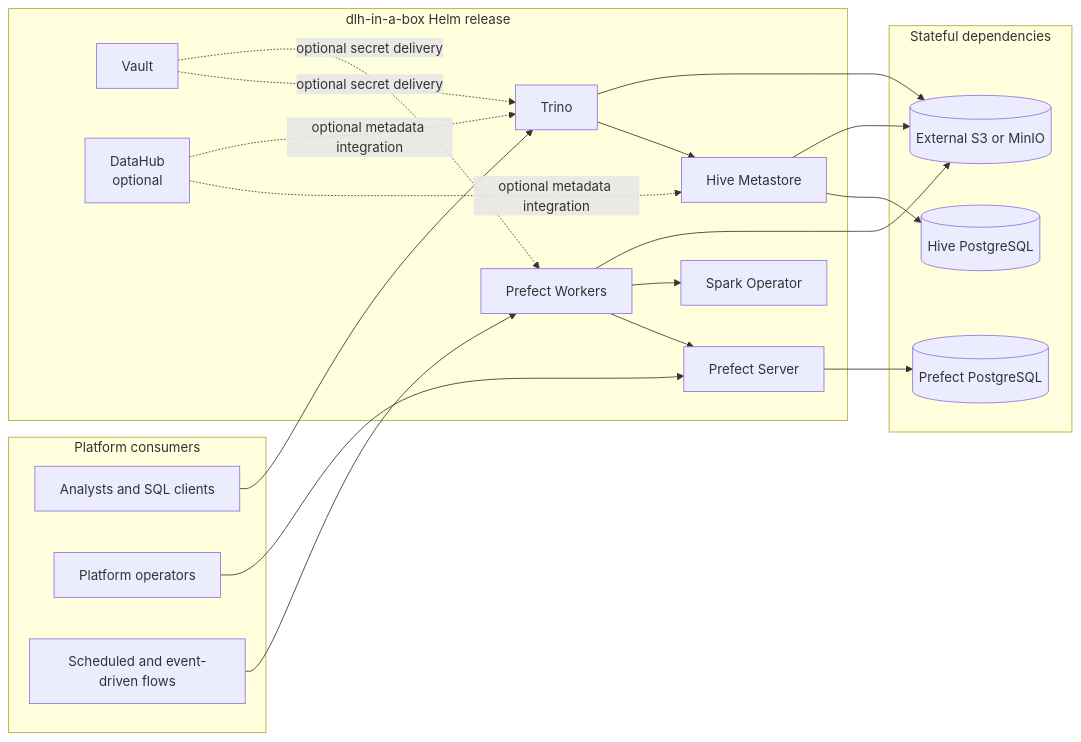
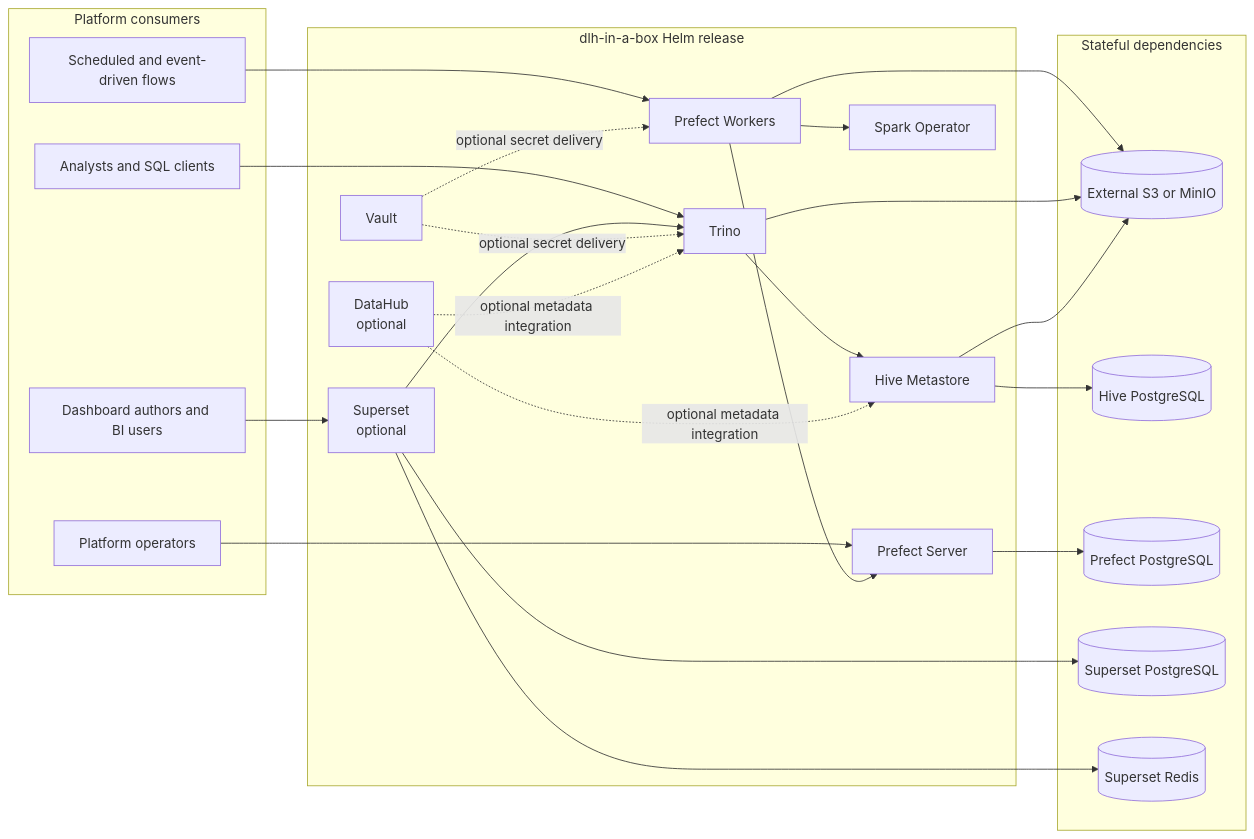
The first of 3 diagrams in README.md (sanger-pathogens/dlh-in-a-box-umbrella-helm-chart), drawn with Mermaid before and after one commit. The commit also changed other lines of this file and 12 other files, not shown here.

````diff
--- a/README.md
+++ b/README.md
@@ -39,40 +39,48 @@
 ```mermaid
 flowchart LR
   subgraph Consumers[Platform consumers]
     Analysts[Analysts and SQL clients]
+    BIUsers[Dashboard authors and BI users]
     Operators[Platform operators]
     Flows[Scheduled and event-driven flows]
   end
 
   subgraph Release[dlh-in-a-box Helm release]
     Trino[Trino]
+    Superset[Superset<br/>optional]
     Prefect[Prefect Server]
     Worker[Prefect Workers]
     Spark[Spark Operator]
     Hive[Hive Metastore]
     Vault[Vault]
     DataHub[DataHub<br/>optional]
   end
 
   subgraph State[Stateful dependencies]
     ObjectStore[(External S3 or MinIO)]
     HivePg[(Hive PostgreSQL)]
     PrefectPg[(Prefect PostgreSQL)]
+    SupersetPg[(Superset PostgreSQL)]
+    Redis[(Superset Redis)]
   end
 
   Analysts --> Trino
+  BIUsers --> Superset
   Operators --> Prefect
   Flows --> Worker
   Worker --> Prefect
   Worker --> Spark
   Worker --> ObjectStore
   Trino --> Hive
   Trino --> ObjectStore
+  Superset --> Trino
+  Superset --> SupersetPg
+  Superset --> Redis
   Hive --> HivePg
   Hive --> ObjectStore
   Prefect --> PrefectPg
   Vault -. optional secret delivery .-> Trino
   Vault -. optional secret delivery .-> Worker
   DataHub -. optional metadata integration .-> Hive
   DataHub -. optional metadata integration .-> Trino
 ```
````
